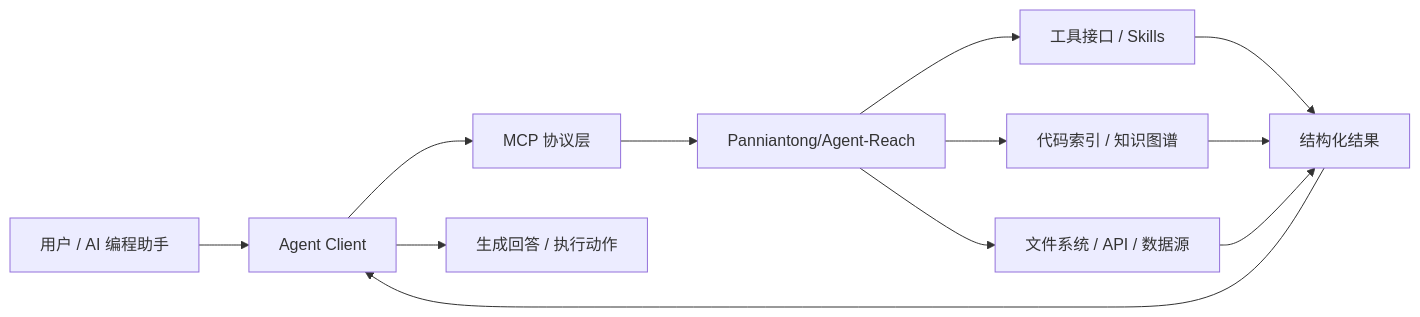
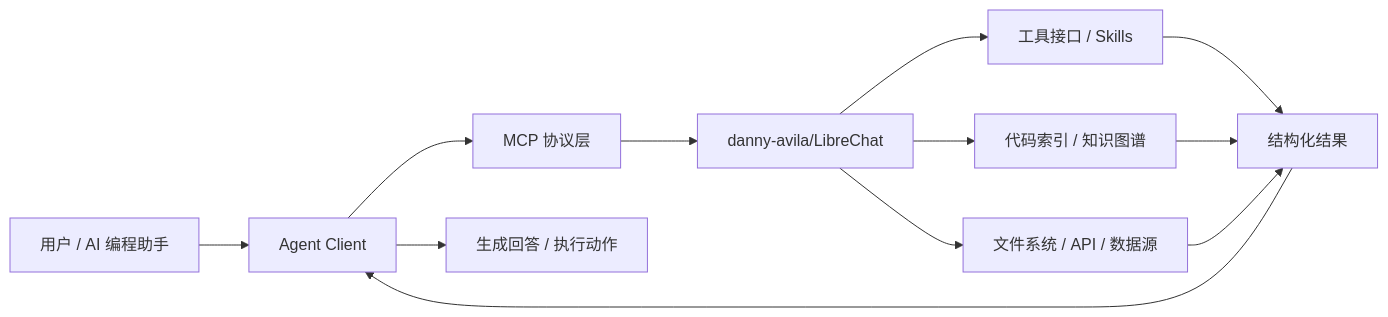
The fourth of 5 diagrams in TRENDING.md (Lingwangla/github_trend), drawn with Mermaid before and after one commit. The commit also changed other lines of this file and 2 other files, not shown here.

````diff
--- a/TRENDING.md
+++ b/TRENDING.md
@@ -109,14 +151,14 @@
 ```mermaid
 flowchart LR
     User[用户 / AI 编程助手] --> Client[Agent Client]
     Client --> Protocol[MCP 协议层]
-    Protocol --> Server[Panniantong/Agent-Reach]
+    Protocol --> Server[danny-avila/LibreChat]
     Server --> Tools[工具接口 / Skills]
     Server --> Index[代码索引 / 知识图谱]
     Server --> Data[文件系统 / API / 数据源]
     Tools --> Result[结构化结果]
     Index --> Result
     Data --> Result
     Result --> Client
     Client --> Answer[生成回答 / 执行动作]
 ```
````
